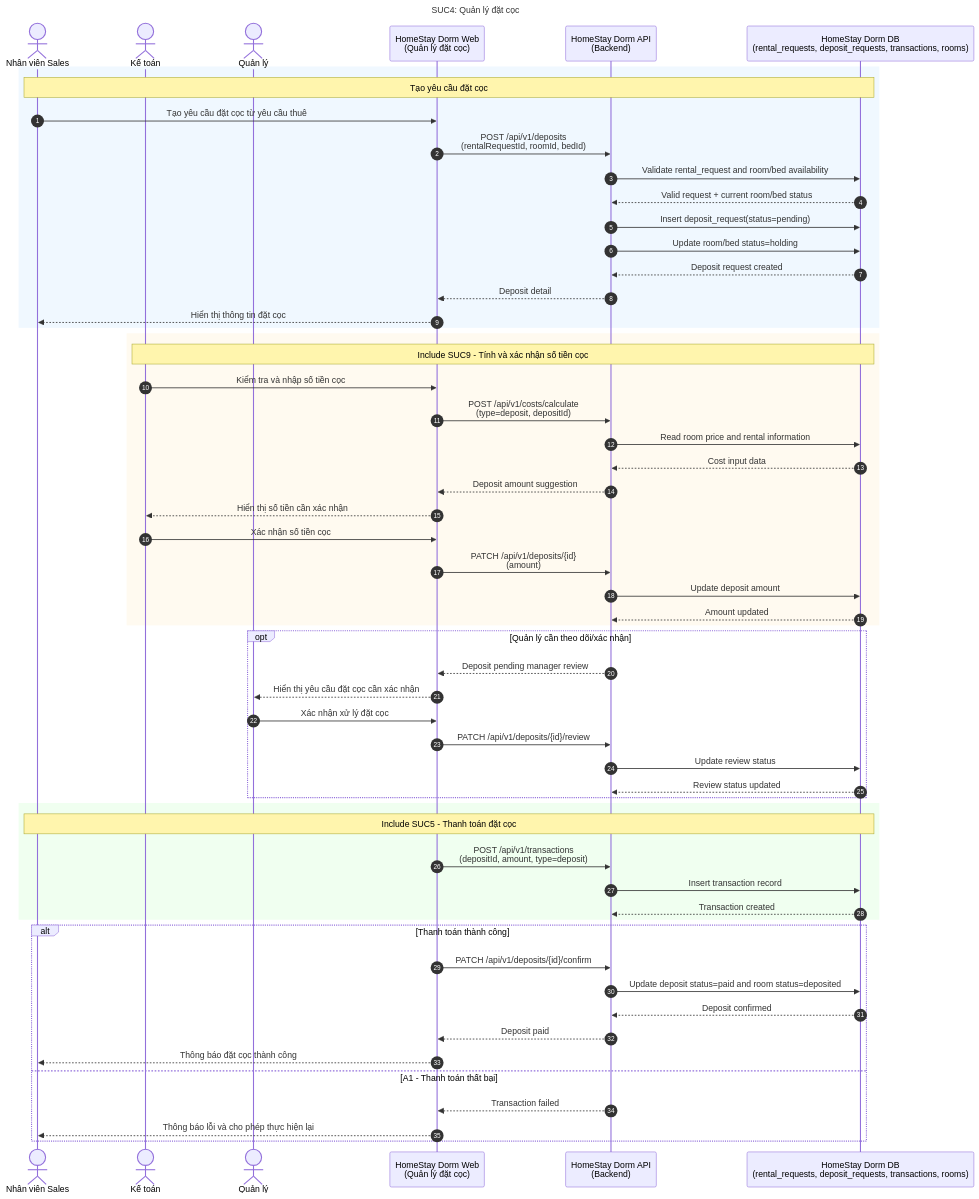
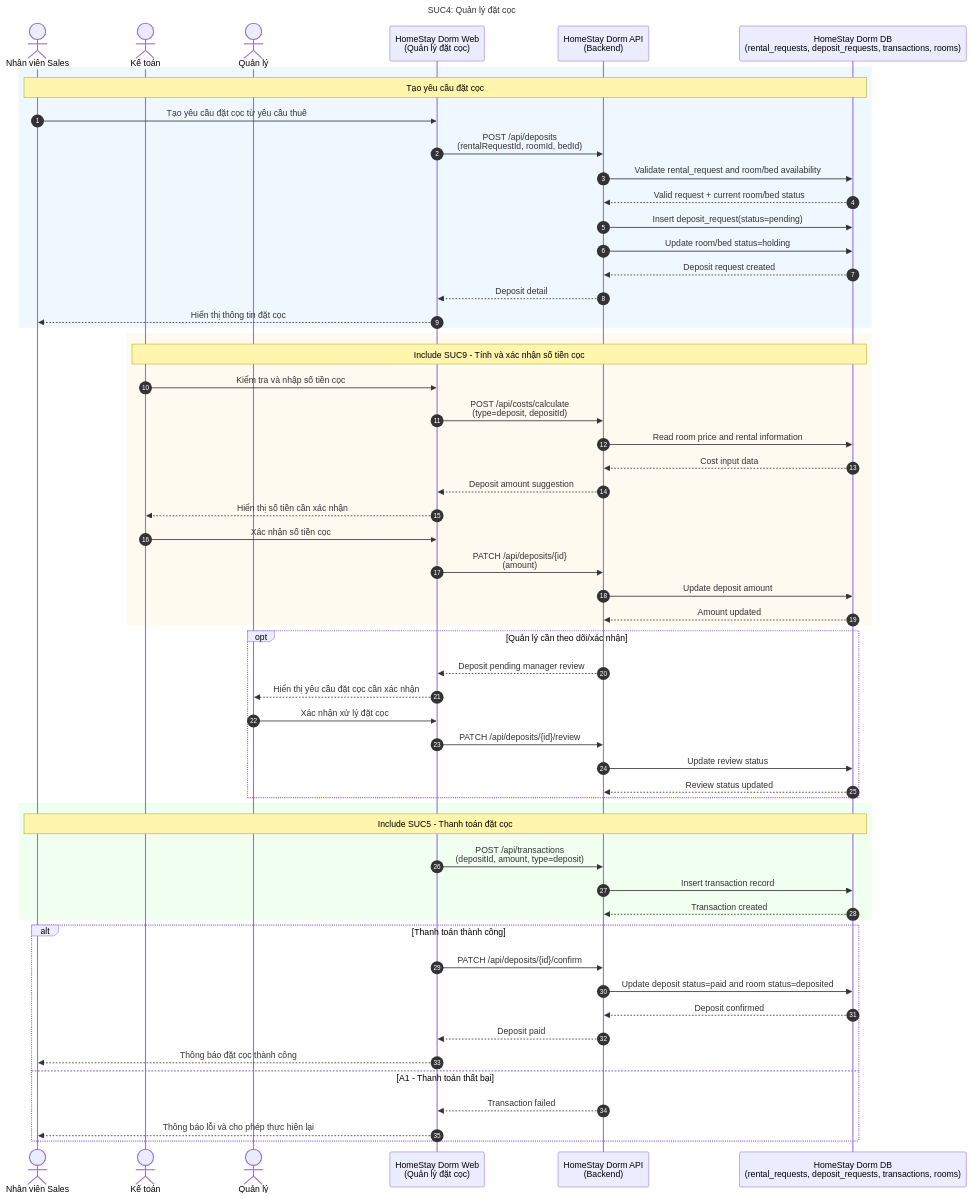
One commit to dinhdaivu/CSC12004_Information-Systems-Analysis-and-Design changed the diagram in docs/SUC/SUC04-quan-ly-dat-coc.mmd. Above: the diagram before and after it, drawn with Mermaid. The commit also changed 47 other files, not shown here.

```diff
--- a/docs/SUC/SUC04-quan-ly-dat-coc.mmd
+++ b/docs/SUC/SUC04-quan-ly-dat-coc.mmd
@@ -1,63 +1,63 @@
 sequenceDiagram
     title SUC4: Quản lý đặt cọc
     autonumber
     actor S as Nhân viên Sales
     actor A as Kế toán
     actor M as Quản lý
     participant Web as HomeStay Dorm Web<br/>(Quản lý đặt cọc)
     participant API as HomeStay Dorm API<br/>(Backend)
     participant DB as HomeStay Dorm DB<br/>(rental_requests, deposit_requests, transactions, rooms)
 
     rect rgb(240, 248, 255)
         Note over S, DB: Tạo yêu cầu đặt cọc
         S->>Web: Tạo yêu cầu đặt cọc từ yêu cầu thuê
-        Web->>API: POST /api/v1/deposits<br/>(rentalRequestId, roomId, bedId)
+        Web->>API: POST /api/deposits<br/>(rentalRequestId, roomId, bedId)
         API->>DB: Validate rental_request and room/bed availability
         DB-->>API: Valid request + current room/bed status
         API->>DB: Insert deposit_request(status=pending)
         API->>DB: Update room/bed status=holding
         DB-->>API: Deposit request created
         API-->>Web: Deposit detail
         Web-->>S: Hiển thị thông tin đặt cọc
     end
 
     rect rgb(255, 250, 240)
         Note over A, DB: Include SUC9 - Tính và xác nhận số tiền cọc
         A->>Web: Kiểm tra và nhập số tiền cọc
-        Web->>API: POST /api/v1/costs/calculate<br/>(type=deposit, depositId)
+        Web->>API: POST /api/costs/calculate<br/>(type=deposit, depositId)
         API->>DB: Read room price and rental information
         DB-->>API: Cost input data
         API-->>Web: Deposit amount suggestion
         Web-->>A: Hiển thị số tiền cần xác nhận
         A->>Web: Xác nhận số tiền cọc
-        Web->>API: PATCH /api/v1/deposits/{id}<br/>(amount)
+        Web->>API: PATCH /api/deposits/{id}<br/>(amount)
         API->>DB: Update deposit amount
         DB-->>API: Amount updated
     end
 
     opt Quản lý cần theo dõi/xác nhận
         API-->>Web: Deposit pending manager review
         Web-->>M: Hiển thị yêu cầu đặt cọc cần xác nhận
         M->>Web: Xác nhận xử lý đặt cọc
-        Web->>API: PATCH /api/v1/deposits/{id}/review
+        Web->>API: PATCH /api/deposits/{id}/review
         API->>DB: Update review status
         DB-->>API: Review status updated
     end
 
     rect rgb(240, 255, 240)
         Note over S, DB: Include SUC5 - Thanh toán đặt cọc
-        Web->>API: POST /api/v1/transactions<br/>(depositId, amount, type=deposit)
+        Web->>API: POST /api/transactions<br/>(depositId, amount, type=deposit)
         API->>DB: Insert transaction record
         DB-->>API: Transaction created
     end
 
     alt Thanh toán thành công
-        Web->>API: PATCH /api/v1/deposits/{id}/confirm
+        Web->>API: PATCH /api/deposits/{id}/confirm
         API->>DB: Update deposit status=paid and room status=deposited
         DB-->>API: Deposit confirmed
         API-->>Web: Deposit paid
         Web-->>S: Thông báo đặt cọc thành công
     else A1 - Thanh toán thất bại
         API-->>Web: Transaction failed
         Web-->>S: Thông báo lỗi và cho phép thực hiện lại
     end
```
